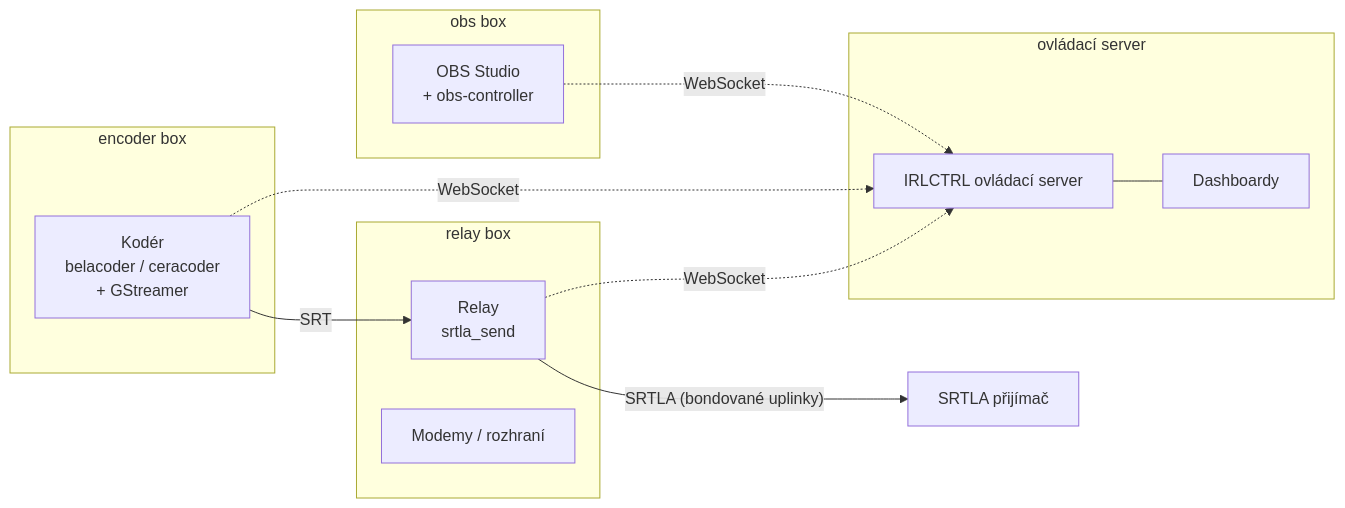
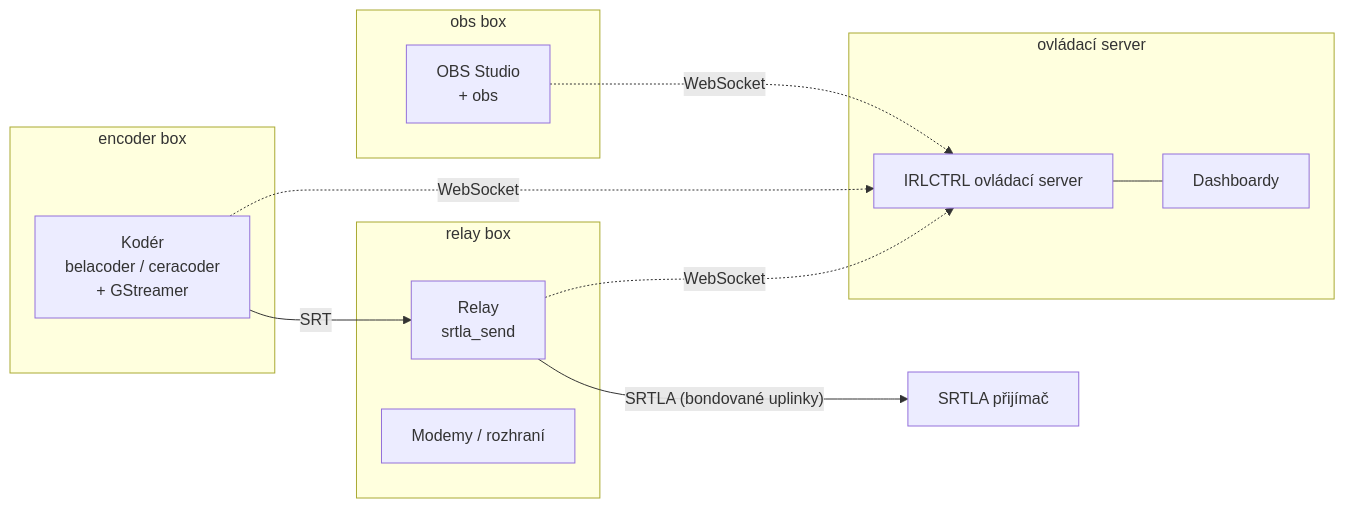
One commit to majklovec/irlctrl changed the diagram in docs/MANUAL-cs.md. Above: the diagram before and after it, drawn with Mermaid. The commit also changed other lines of this file and 261 other files, not shown here.

````diff
--- a/docs/MANUAL-cs.md
+++ b/docs/MANUAL-cs.md
@@ -31,25 +31,25 @@
 ```mermaid
 flowchart LR
     subgraph encoder box
         E[Kodér<br/>belacoder / ceracoder<br/>+ GStreamer]
     end
     subgraph relay box
         R[Relay<br/>srtla_send]
         M[Modemy / rozhraní]
     end
     E -- SRT --> R
     R -- "SRTLA (bondované uplinky)" --> SRTLA[SRTLA přijímač]
 
     subgraph obs box
-        O[OBS Studio<br/>+ obs-controller]
+        O[OBS Studio<br/>+ obs]
     end
 
     subgraph ovládací server
         C[IRLCTRL ovládací server]
         D[Dashboardy]
     end
     E -. WebSocket .-> C
     R -. WebSocket .-> C
     O -. WebSocket .-> C
     C --- D
 ```
````
